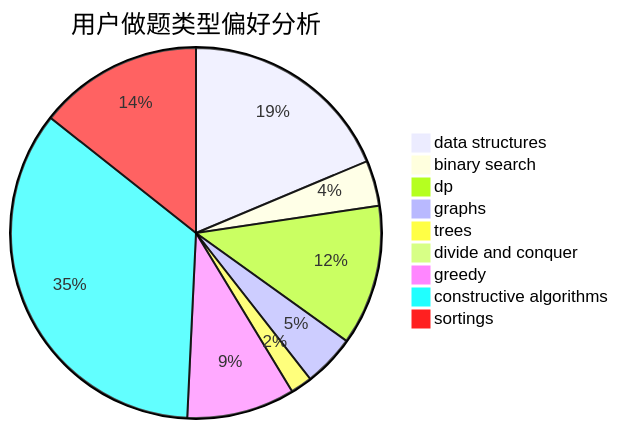
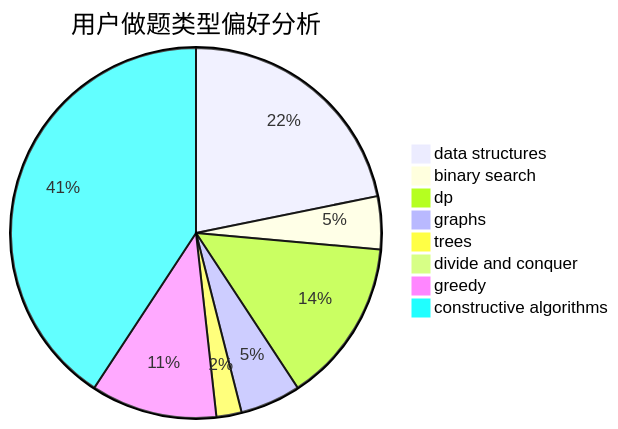
One commit to sherpahu/cfrs.github.io changed the second of 3 diagrams in docs/user/u180.md. Above: the diagram before and after it, drawn with Mermaid. The commit also changed other lines of this file and 2769 other files, not shown here.

````diff
--- a/docs/user/u180.md
+++ b/docs/user/u180.md
@@ -18,12 +18,11 @@
 ```mermaid
 pie title 用户做题类型偏好分析
     "data structures" :  99
     "binary search" :  21
     "dp" :  65
     "graphs" :  24
     "trees" :  10
     "divide and conquer" :  0
     "greedy" :  50
     "constructive algorithms" :  185
-    "sortings" :  76
 ```
````
